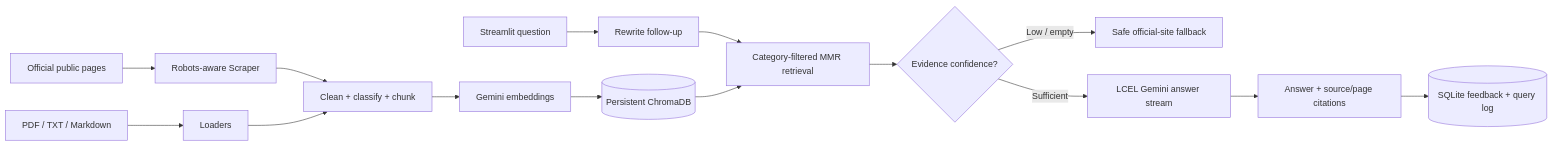
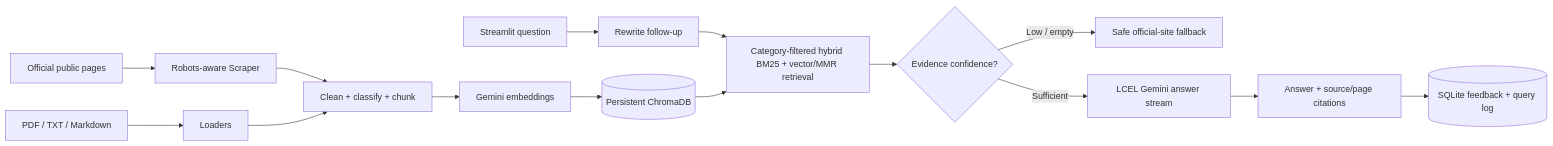
The diagram in README.md (sohamsharma21/INVERIS-CAMPUS-ASSISTANT-), drawn with Mermaid before and after one commit. The commit also changed other lines of this file and 14 other files, not shown here.

````diff
--- a/README.md
+++ b/README.md
@@ -11,17 +11,17 @@
 ```mermaid
 flowchart LR
     A[Official public pages] --> B[Robots-aware Scraper]
     C[PDF / TXT / Markdown] --> D[Loaders]
     B --> E[Clean + classify + chunk]
     D --> E
     E --> F[Gemini embeddings]
     F --> G[(Persistent ChromaDB)]
     H[Streamlit question] --> I[Rewrite follow-up]
-    I --> J[Category-filtered MMR retrieval]
+    I --> J[Category-filtered hybrid BM25 + vector/MMR retrieval]
     G --> J
     J --> K{Evidence confidence?}
     K -- Low / empty --> L[Safe official-site fallback]
     K -- Sufficient --> M[LCEL Gemini answer stream]
     M --> N[Answer + source/page citations]
     N --> O[(SQLite feedback + query log)]
 ```
````
